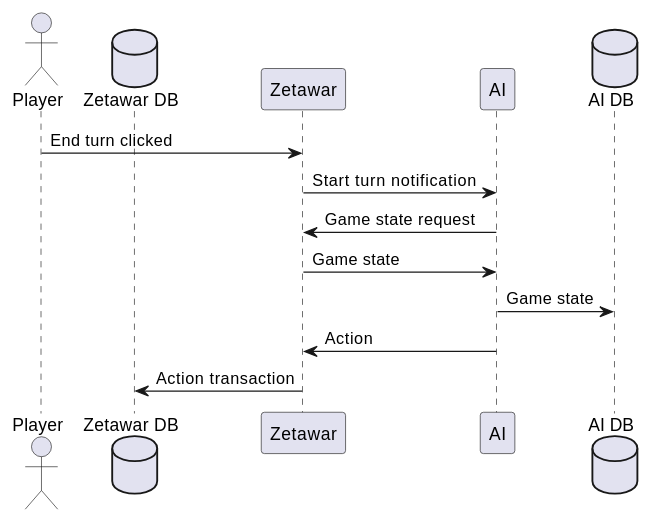
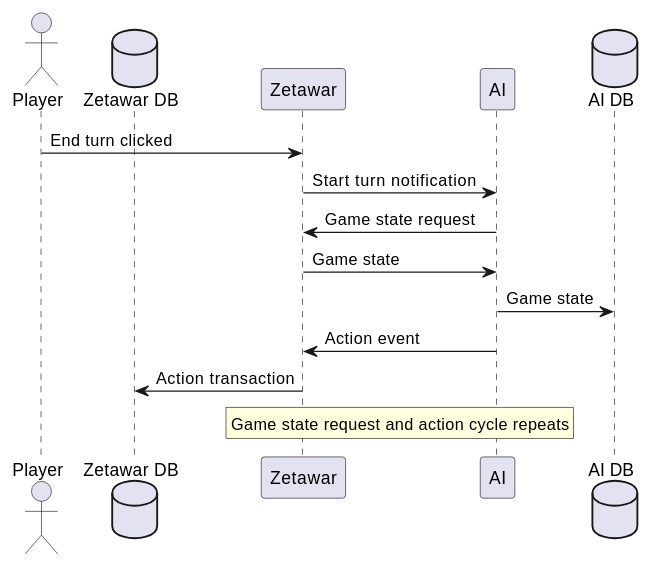
Before and after one commit to djwhitt/madison-clojure-zetawar-evolution-2017: the second of 3 diagrams in slides.org, drawn with PlantUML. The commit also changed other lines of this file, not shown here.

```diff
--- a/slides.org
+++ b/slides.org
@@ -268,14 +298,17 @@
   #+BEGIN_SRC plantuml :file images/new_ai_sequence.png
   actor Player
   database "Zetawar DB"
   participant Zetawar
   participant AI
   database "AI DB"
   Player -> Zetawar: End turn clicked
   Zetawar -> AI: Start turn notification
   Zetawar <- AI: Game state request
   Zetawar -> AI: Game state
   AI -> "AI DB": Game state
-  Zetawar <- AI: Action
+  Zetawar <- AI: Action event
   Zetawar -> "Zetawar DB": Action transaction
+  rnote over Zetawar, AI
+      Game state request and action cycle repeats
+  end note
   #+END_SRC
```
